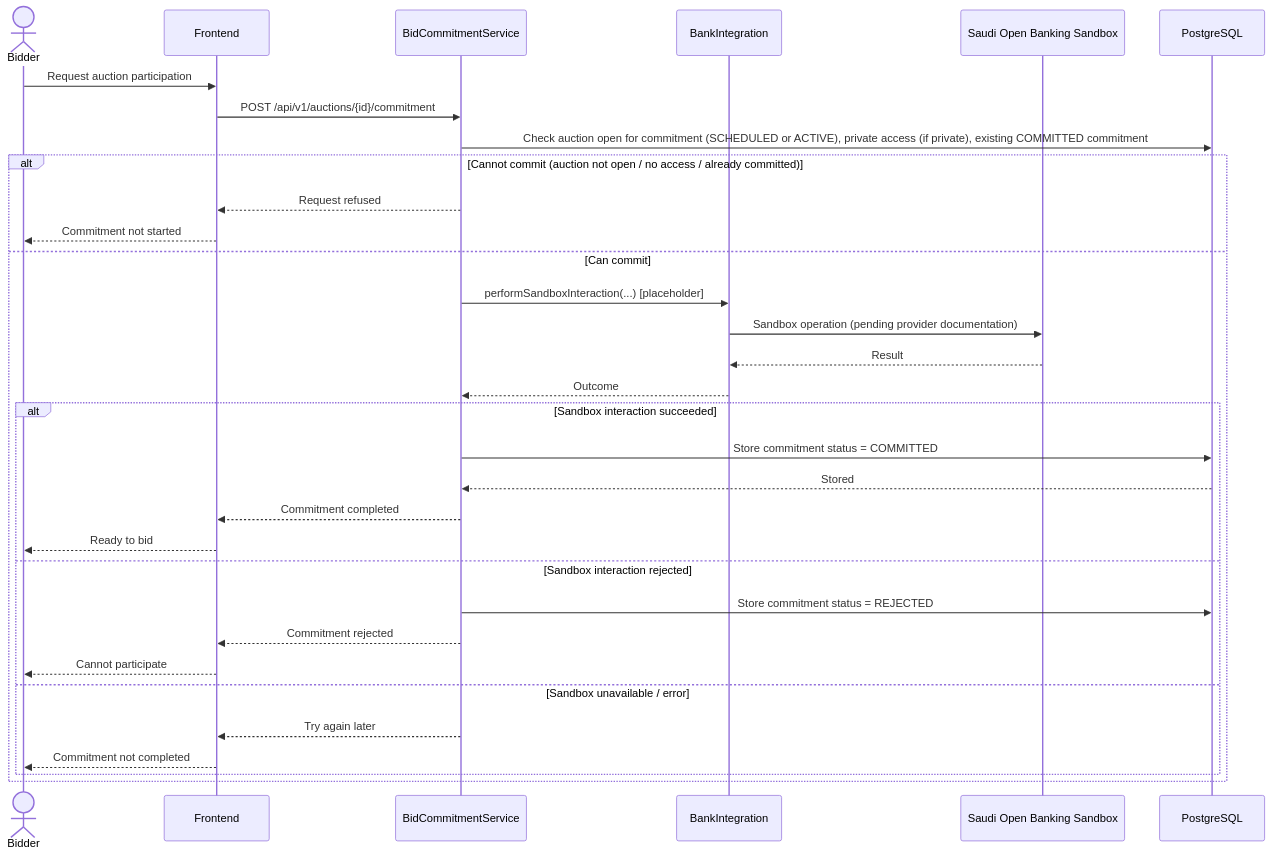
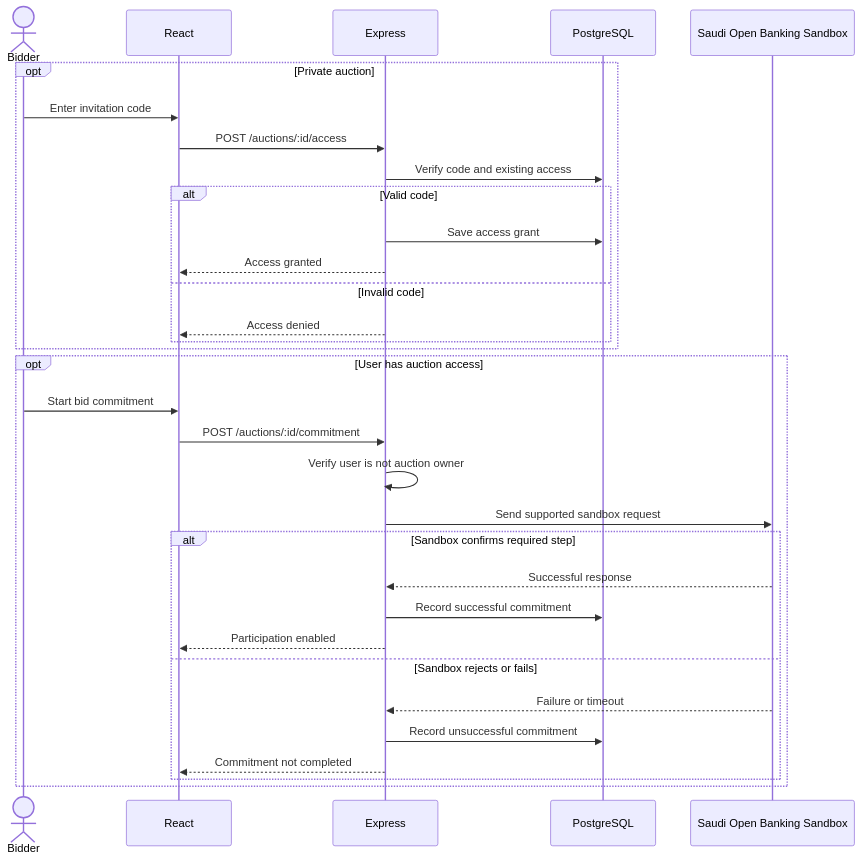
The sixth of 8 diagrams in Stage_3/Report.MD (ghadi0alzhrani0/Mezyad), drawn with Mermaid before and after one commit. The commit also changed other lines of this file, not shown here.

````diff
--- a/Stage_3/Report.MD
+++ b/Stage_3/Report.MD
@@ -670,34 +385,34 @@
 ```mermaid
 sequenceDiagram
-    actor Bidder
-    participant UI as Frontend
-    participant Commit as BidCommitmentService
-    participant BankInt as BankIntegration
-    participant Bank as Saudi Open Banking Sandbox
-    participant DB as PostgreSQL
-    Bidder->>UI: Request auction participation
-    UI->>Commit: POST /api/v1/auctions/{id}/commitment
-    Commit->>DB: Check auction open for commitment (SCHEDULED or ACTIVE), private access (if private), existing COMMITTED commitment
-    alt Cannot commit (auction not open / no access / already committed)
-        Commit-->>UI: Request refused
-        UI-->>Bidder: Commitment not started
-    else Can commit
-        Commit->>BankInt: performSandboxInteraction(...) [placeholder]
-        BankInt->>Bank: Sandbox operation (pending provider documentation)
-        Bank-->>BankInt: Result
-        BankInt-->>Commit: Outcome
-        alt Sandbox interaction succeeded
-            Commit->>DB: Store commitment status = COMMITTED
-            DB-->>Commit: Stored
-            Commit-->>UI: Commitment completed
-            UI-->>Bidder: Ready to bid
-        else Sandbox interaction rejected
-            Commit->>DB: Store commitment status = REJECTED
-            Commit-->>UI: Commitment rejected
-            UI-->>Bidder: Cannot participate
-        else Sandbox unavailable / error
-            Commit-->>UI: Try again later
-            UI-->>Bidder: Commitment not completed
-        end
+  actor User as Bidder
+  participant UI as React
+  participant API as Express
+  participant DB as PostgreSQL
+  participant Bank as Saudi Open Banking Sandbox
+  opt Private auction
+    User->>UI: Enter invitation code
+    UI->>API: POST /auctions/:id/access
+    API->>DB: Verify code and existing access
+    alt Valid code
+      API->>DB: Save access grant
+      API-->>UI: Access granted
+    else Invalid code
+      API-->>UI: Access denied
     end
+  end
+  opt User has auction access
+    User->>UI: Start bid commitment
+    UI->>API: POST /auctions/:id/commitment
+    API->>API: Verify user is not auction owner
+    API->>Bank: Send supported sandbox request
+    alt Sandbox confirms required step
+      Bank-->>API: Successful response
+      API->>DB: Record successful commitment
+      API-->>UI: Participation enabled
+    else Sandbox rejects or fails
+      Bank-->>API: Failure or timeout
+      API->>DB: Record unsuccessful commitment
+      API-->>UI: Commitment not completed
+    end
+  end
 ```
````
